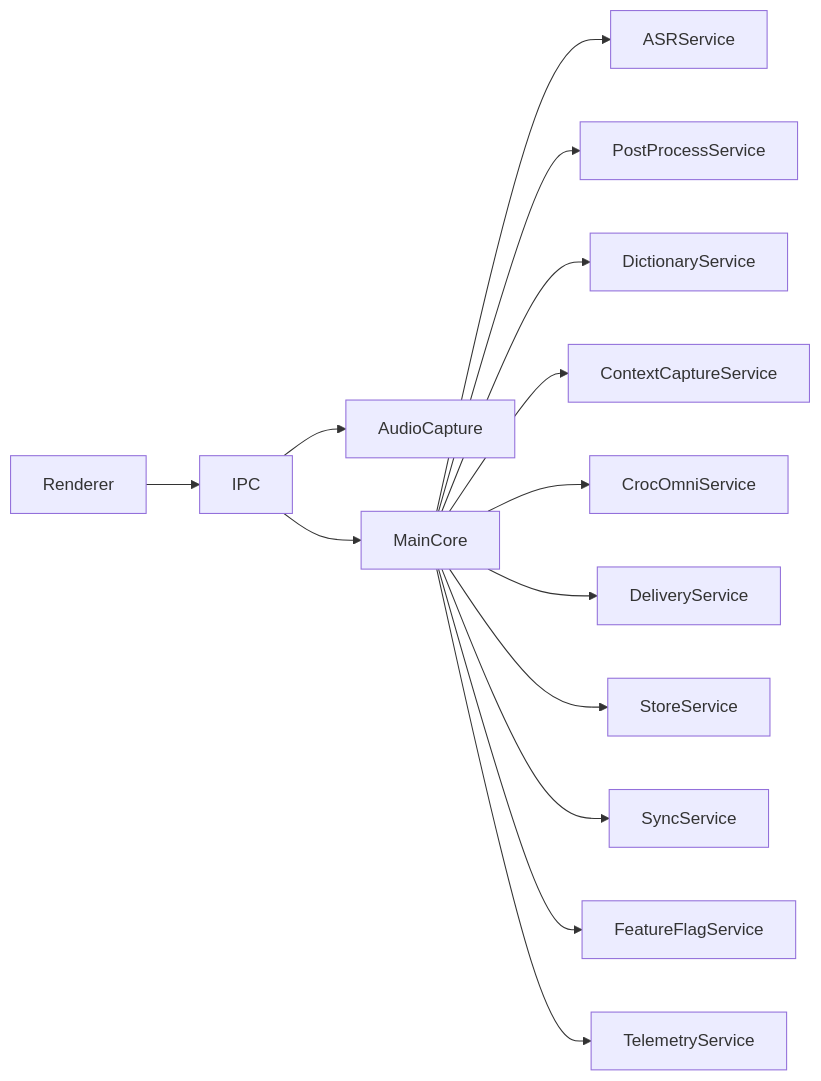
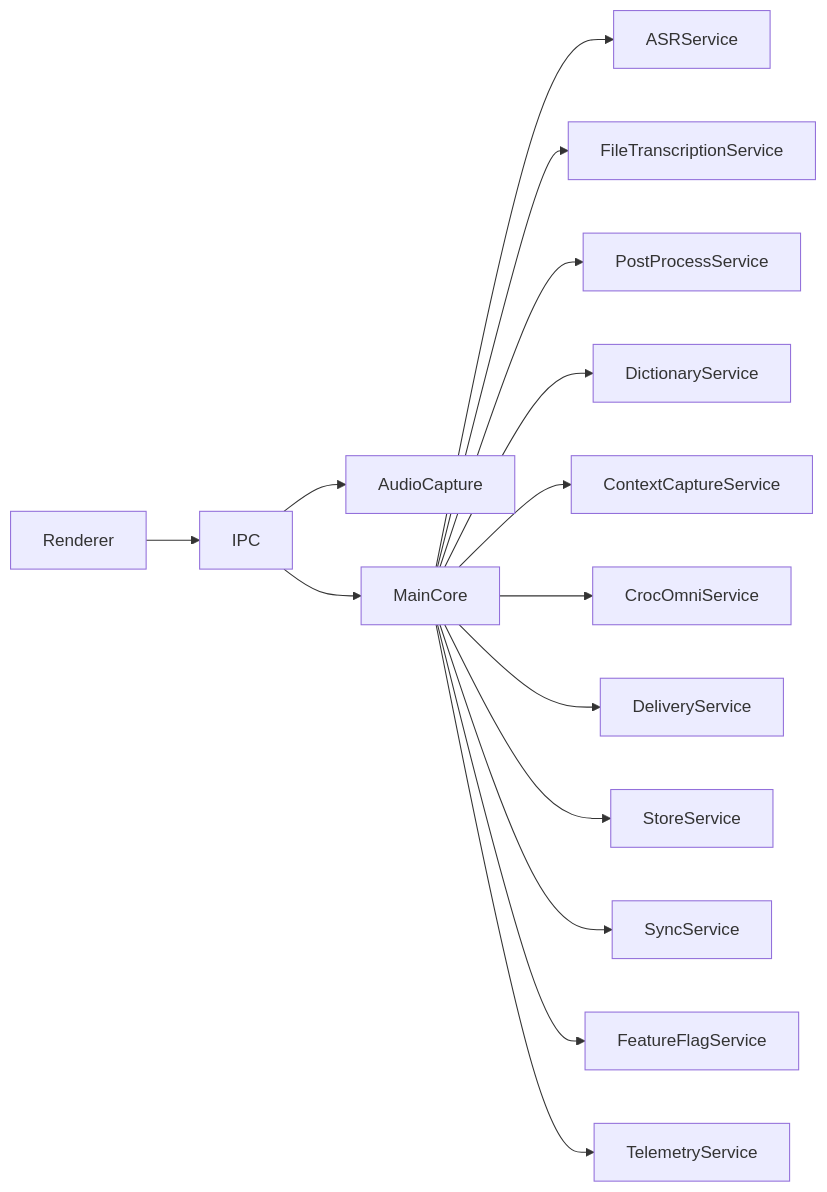
One commit to bat5600/CrocoVoice changed the second of 3 diagrams in docs/architecture.md. Above: the diagram before and after it, drawn with Mermaid. The commit also changed other lines of this file and 5 other files, not shown here.

````diff
--- a/docs/architecture.md
+++ b/docs/architecture.md
@@ -181,16 +190,17 @@
 ```mermaid
 graph LR
   Renderer --> IPC
   IPC --> AudioCapture
   IPC --> MainCore
   MainCore --> ASRService
+  MainCore --> FileTranscriptionService
   MainCore --> PostProcessService
   MainCore --> DictionaryService
   MainCore --> ContextCaptureService
   MainCore --> CrocOmniService
   MainCore --> DeliveryService
   MainCore --> StoreService
   MainCore --> SyncService
   MainCore --> FeatureFlagService
   MainCore --> TelemetryService
 ```
````
